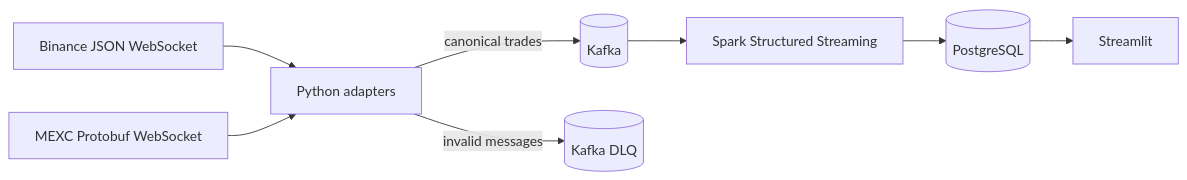
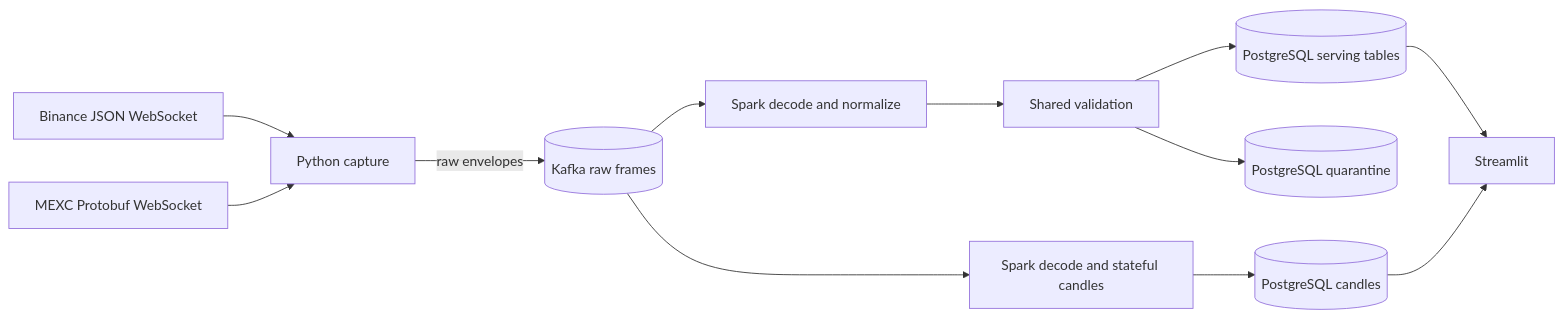
The diagram in README.md (ayyayyron/Declarative-Multi-Exchange-Analytics-Platform), drawn with Mermaid before and after one commit. The commit also changed other lines of this file and 12 other files, not shown here.

````diff
--- a/README.md
+++ b/README.md
@@ -25,10 +29,14 @@
 ```mermaid
 flowchart LR
-    B[Binance JSON WebSocket] --> N[Python adapters]
-    M[MEXC Protobuf WebSocket] --> N
-    N -->|canonical trades| K[(Kafka)]
-    N -->|invalid messages| D[(Kafka DLQ)]
-    K --> S[Spark Structured Streaming]
-    S --> P[(PostgreSQL)]
+    B[Binance JSON WebSocket] --> I[Python capture]
+    M[MEXC Protobuf WebSocket] --> I
+    I -->|raw envelopes| K[(Kafka raw frames)]
+    K --> S[Spark decode and normalize]
+    S --> V[Shared validation]
+    V --> P[(PostgreSQL serving tables)]
+    V --> Q[(PostgreSQL quarantine)]
     P --> UI[Streamlit]
+    K --> C[Spark decode and stateful candles]
+    C --> CP[(PostgreSQL candles)]
+    CP --> UI
 ```
````
